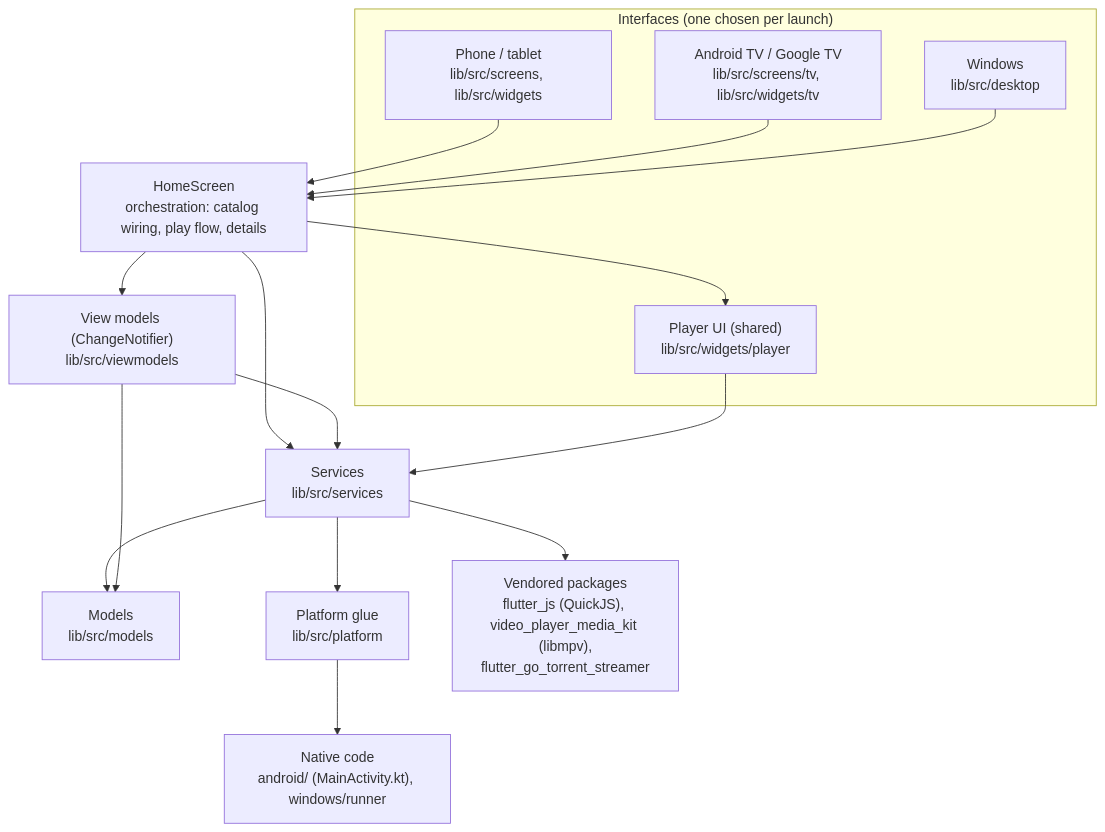
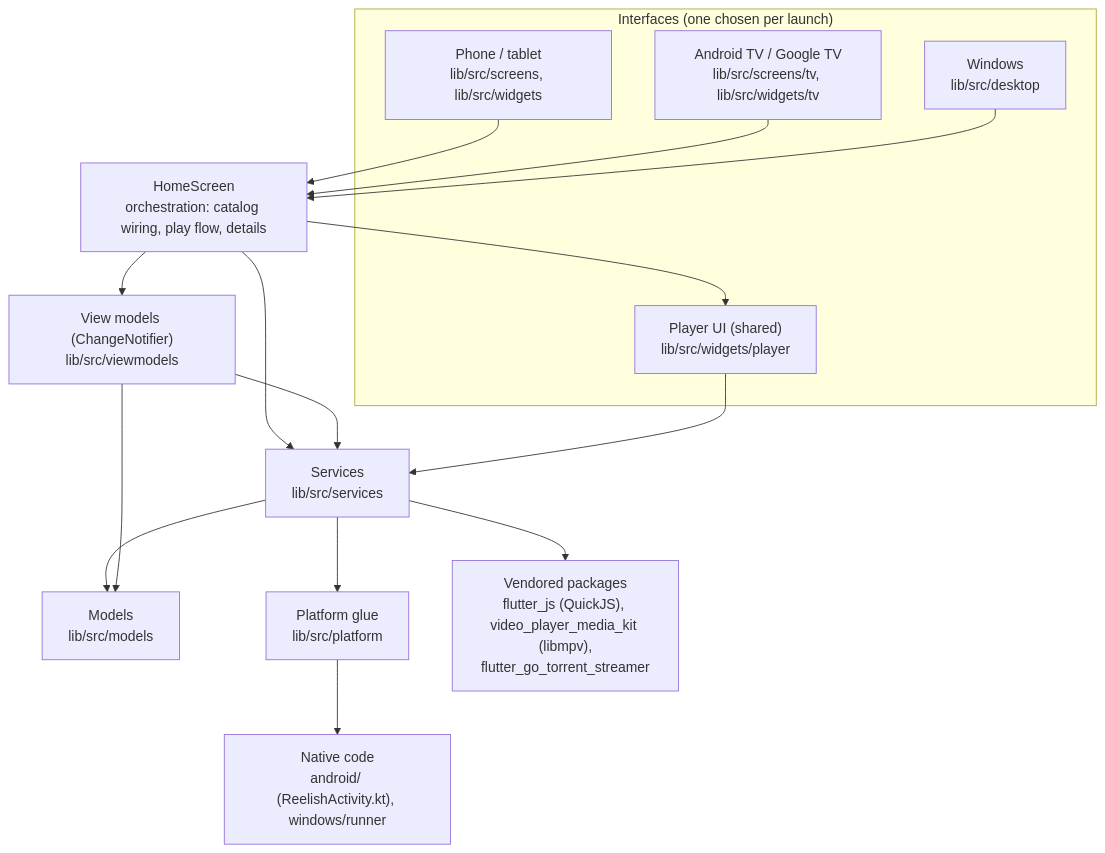
One commit to frnzeeey/reelish changed the first of 3 diagrams in docs/architecture/architecture-overview.md. Above: the diagram before and after it, drawn with Mermaid. The commit also changed 182 other files, not shown here.

````diff
--- a/docs/architecture/architecture-overview.md
+++ b/docs/architecture/architecture-overview.md
@@ -23,30 +23,30 @@
 ```mermaid
 graph TD
   subgraph UI["Interfaces (one chosen per launch)"]
     Phone["Phone / tablet<br/>lib/src/screens, lib/src/widgets"]
     TV["Android TV / Google TV<br/>lib/src/screens/tv, lib/src/widgets/tv"]
     Win["Windows<br/>lib/src/desktop"]
     Player["Player UI (shared)<br/>lib/src/widgets/player"]
   end
   Home["HomeScreen<br/>orchestration: catalog wiring, play flow, details"]
   VM["View models (ChangeNotifier)<br/>lib/src/viewmodels"]
   Services["Services<br/>lib/src/services"]
   Models["Models<br/>lib/src/models"]
   Platform["Platform glue<br/>lib/src/platform"]
-  Native["Native code<br/>android/ (MainActivity.kt), windows/runner"]
+  Native["Native code<br/>android/ (ReelishActivity.kt), windows/runner"]
   Vendored["Vendored packages<br/>flutter_js (QuickJS), video_player_media_kit (libmpv),<br/>flutter_go_torrent_streamer"]
 
   Phone --> Home
   TV --> Home
   Win --> Home
   Home --> VM
   Home --> Player
   Home --> Services
   VM --> Services
   Player --> Services
   Services --> Models
   VM --> Models
   Services --> Platform
   Platform --> Native
   Services --> Vendored
 ```
````
